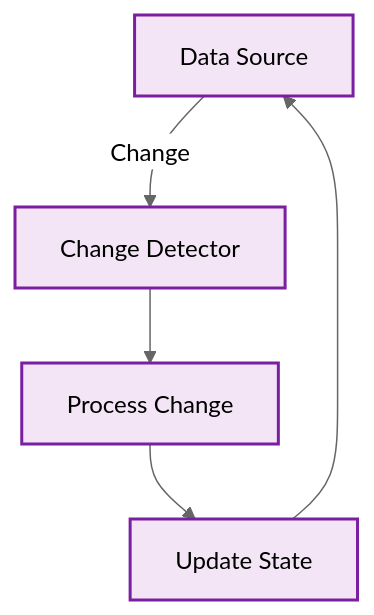
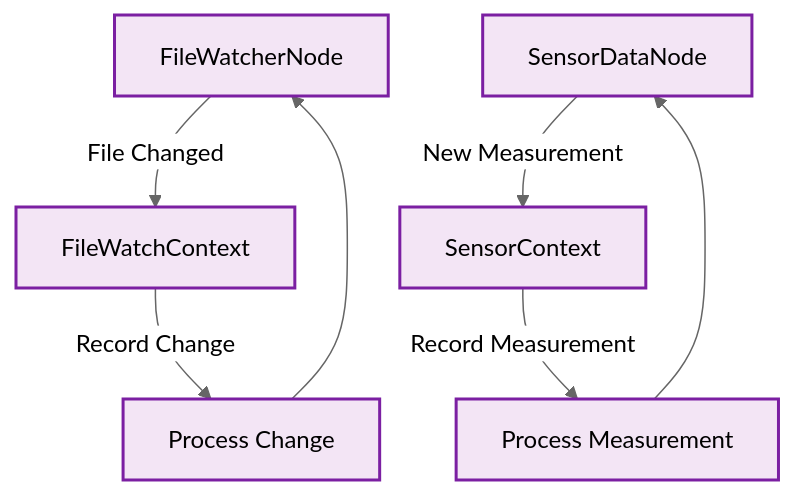
Before and after one commit to aitoroses/floxide: the seventh of 9 diagrams in README.md, drawn with Mermaid (neutral theme). The commit also changed other lines of this file and 11 other files, not shown here.

````diff
--- a/README.md
+++ b/README.md
@@ -284,11 +284,15 @@
 ```mermaid
 graph TD
-    A["Data Source"] -->|Change| B["Change Detector"]
-    B --> C["Process Change"]
-    C --> D["Update State"]
-    D --> A
+    A["FileWatcherNode"] -->|"File Changed"| B["FileWatchContext"]
+    C["SensorDataNode"] -->|"New Measurement"| D["SensorContext"]
+    B -->|"Record Change"| E["Process Change"]
+    D -->|"Record Measurement"| F["Process Measurement"]
+    E --> A
+    F --> C
     style A fill:#f3e5f5,stroke:#7b1fa2,stroke-width:2px,color:black
     style B fill:#f3e5f5,stroke:#7b1fa2,stroke-width:2px,color:black
     style C fill:#f3e5f5,stroke:#7b1fa2,stroke-width:2px,color:black
     style D fill:#f3e5f5,stroke:#7b1fa2,stroke-width:2px,color:black
+    style E fill:#f3e5f5,stroke:#7b1fa2,stroke-width:2px,color:black
+    style F fill:#f3e5f5,stroke:#7b1fa2,stroke-width:2px,color:black
 ```
````
